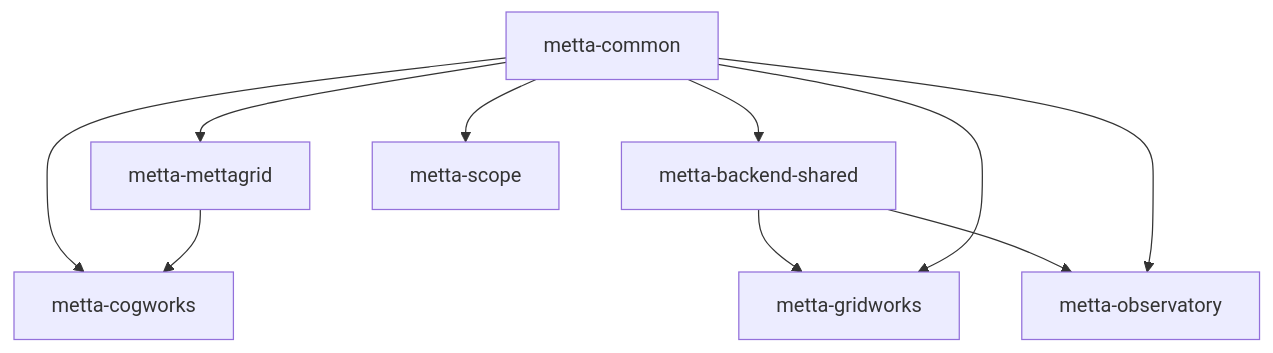
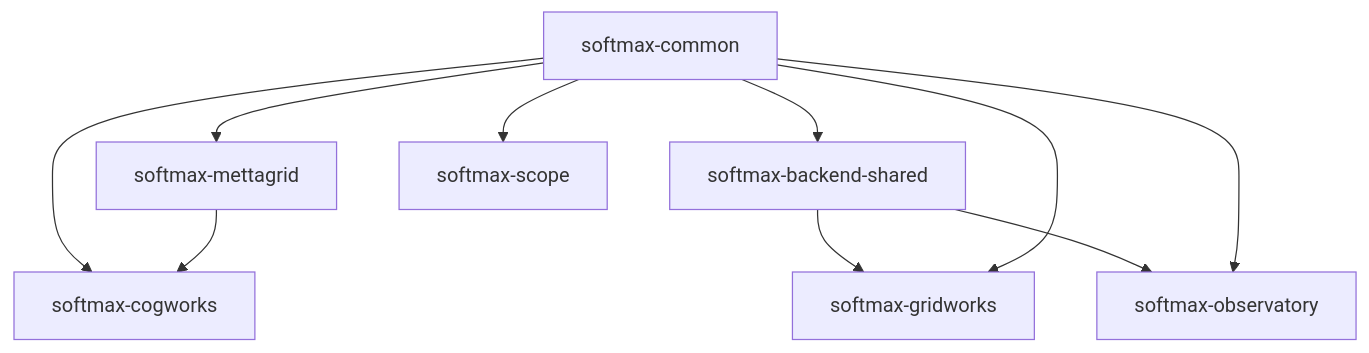
One commit to Metta-AI/metta changed the diagram in REPO_ORGANIZATION.md. Above: the diagram before and after it, drawn with Mermaid. The commit also changed other lines of this file, not shown here.

Commit message:
refer to packages as softmax-X

````diff
--- a/REPO_ORGANIZATION.md
+++ b/REPO_ORGANIZATION.md
@@ -360,12 +360,12 @@
 ```mermaid
 graph TD
-    A[metta-common] --> B[metta-mettagrid]
-    A --> C[metta-cogworks]
+    A[softmax-common] --> B[softmax-mettagrid]
+    A --> C[softmax-cogworks]
     B --> C
-    A --> D[metta-backend-shared]
-    D --> E[metta-gridworks]
-    D --> F[metta-observatory]
+    A --> D[softmax-backend-shared]
+    D --> E[softmax-gridworks]
+    D --> F[softmax-observatory]
     A --> E
     A --> F
-    A --> G[metta-scope]
+    A --> G[softmax-scope]
 ```
````
